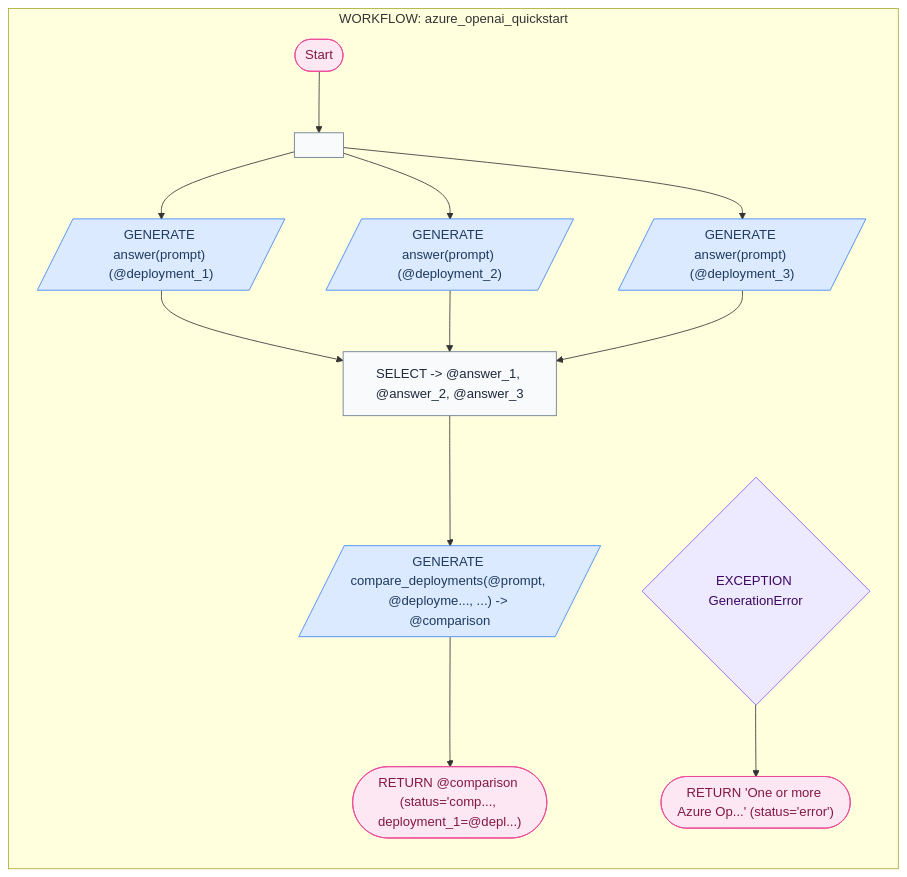
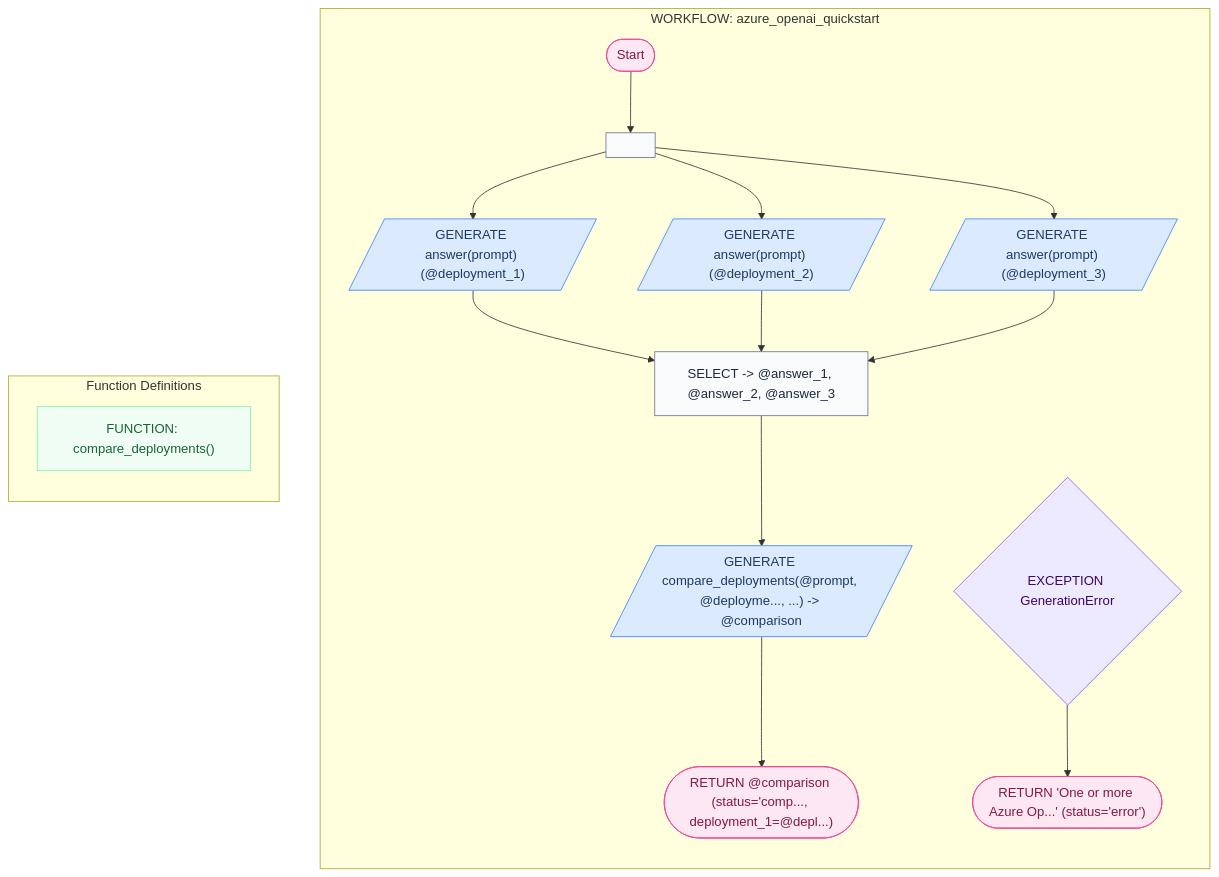
Before and after one commit to digital-duck/SPL.py: the diagram in cookbook/40_azure_openai_quickstart/mermaid/azure_openai_quickstart.md, drawn with Mermaid. The commit also changed 334 other files, not shown here.

````diff
--- a/cookbook/40_azure_openai_quickstart/mermaid/azure_openai_quickstart.md
+++ b/cookbook/40_azure_openai_quickstart/mermaid/azure_openai_quickstart.md
@@ -7,41 +7,46 @@
 ```mermaid
 flowchart TD
     subgraph SG_azure_openai_quickstart["WORKFLOW: azure_openai_quickstart"]
     direction TB
     START1(["Start"])
     FORK2[" "]
     SYNC3["SELECT -> @answer_1, @answer_2, @answer_3"]
     CTE4[/"GENERATE answer(prompt) (@deployment_1)"/]
     FORK2 --> CTE4
     CTE4 --> SYNC3
     CTE5[/"GENERATE answer(prompt) (@deployment_2)"/]
     FORK2 --> CTE5
     CTE5 --> SYNC3
     CTE6[/"GENERATE answer(prompt) (@deployment_3)"/]
     FORK2 --> CTE6
     CTE6 --> SYNC3
     GEN7[/"GENERATE compare_deployments(@prompt, @deployme..., ...) -> @comparison"/]
     SYNC3 --> GEN7
     RET8(["RETURN @comparison (status='comp..., deployment_1=@depl...)"])
     GEN7 --> RET8
     START1 --> FORK2
     EXC9{"EXCEPTION GenerationError"}
     RET10(["RETURN 'One or more Azure Op...' (status='error')"])
     EXC9 --> RET10
     end
+    subgraph FUNCTIONS["Function Definitions"]
+    direction TB
+    FN11["FUNCTION: compare_deployments()"]
+    end
     class START1 term
     class FORK2 assign
     class SYNC3 assign
     class CTE4 llm
     class CTE5 llm
     class CTE6 llm
     class GEN7 llm
     class RET8 term
     class EXC9 ctrl
     class RET10 term
+    class FN11 fn
     classDef llm fill:#dbeafe,stroke:#3b82f6,color:#1e3a5f
     classDef ctrl fill:#ede9fe,stroke:#8b5cf6,color:#3b0764
     classDef term fill:#fce7f3,stroke:#ec4899,color:#831843
     classDef fn fill:#f0fdf4,stroke:#86efac,color:#166534
     classDef assign fill:#f8fafc,stroke:#64748b,color:#1e293b
 ```
````
